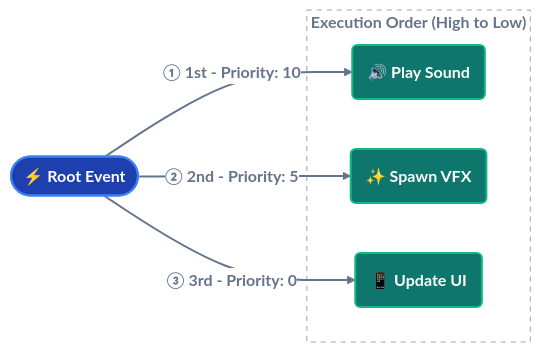
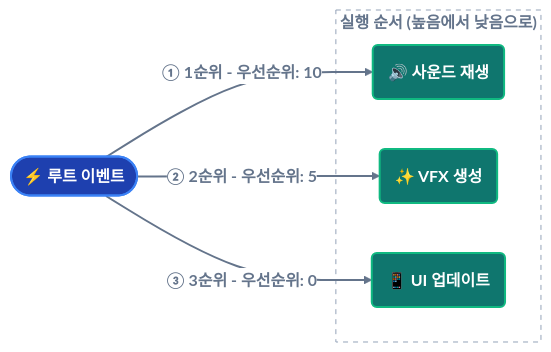
The third of 6 diagrams in i18n/ko/docusaurus-plugin-content-docs/current/game-event-system/flow-graph/game-event-node-behavior.md (tinygiants-tech/TinyGiants), drawn with Mermaid (neutral theme) before and after one commit. The commit also changed other lines of this file and 81 other files, not shown here.

````diff
--- a/i18n/ko/docusaurus-plugin-content-docs/current/game-event-system/flow-graph/game-event-node-behavior.md
+++ b/i18n/ko/docusaurus-plugin-content-docs/current/game-event-system/flow-graph/game-event-node-behavior.md
@@ -314,22 +311,22 @@
 ```mermaid
 graph LR
 
-    ROOT(["⚡ Root Event"]):::root
+    ROOT(["⚡ 루트 이벤트"]):::root
 
-    ROOT ==>|① 1st - Priority: 10| A1("🔊 Play Sound"):::action
-    ROOT ==>|② 2nd - Priority: 5 | A2("✨ Spawn VFX"):::action
-    ROOT ==>|③ 3rd - Priority: 0 | A3("📱 Update UI"):::action
+    ROOT ==>|① 1순위 - 우선순위: 10| A1("🔊 사운드 재생"):::action
+    ROOT ==>|② 2순위 - 우선순위: 5 | A2("✨ VFX 생성"):::action
+    ROOT ==>|③ 3순위 - 우선순위: 0 | A3("📱 UI 업데이트"):::action
 
-    subgraph Queue ["Execution Order (High to Low)"]
+    subgraph Queue ["실행 순서 (높음에서 낮음으로)"]
     A1
     A2
     A3
     end
 
     classDef root fill:#1e40af,stroke:#3b82f6,stroke-width:2px,color:#ffffff,font-weight:bold
     classDef action fill:#0f766e,stroke:#10b981,stroke-width:2px,color:#ffffff
 
     style Queue fill:none,stroke:#94a3b8,stroke-dasharray: 5 5,color:#64748b
 
     linkStyle default stroke:#64748b,stroke-width:2px,color:#64748b,font-weight:bold
 ```
````
